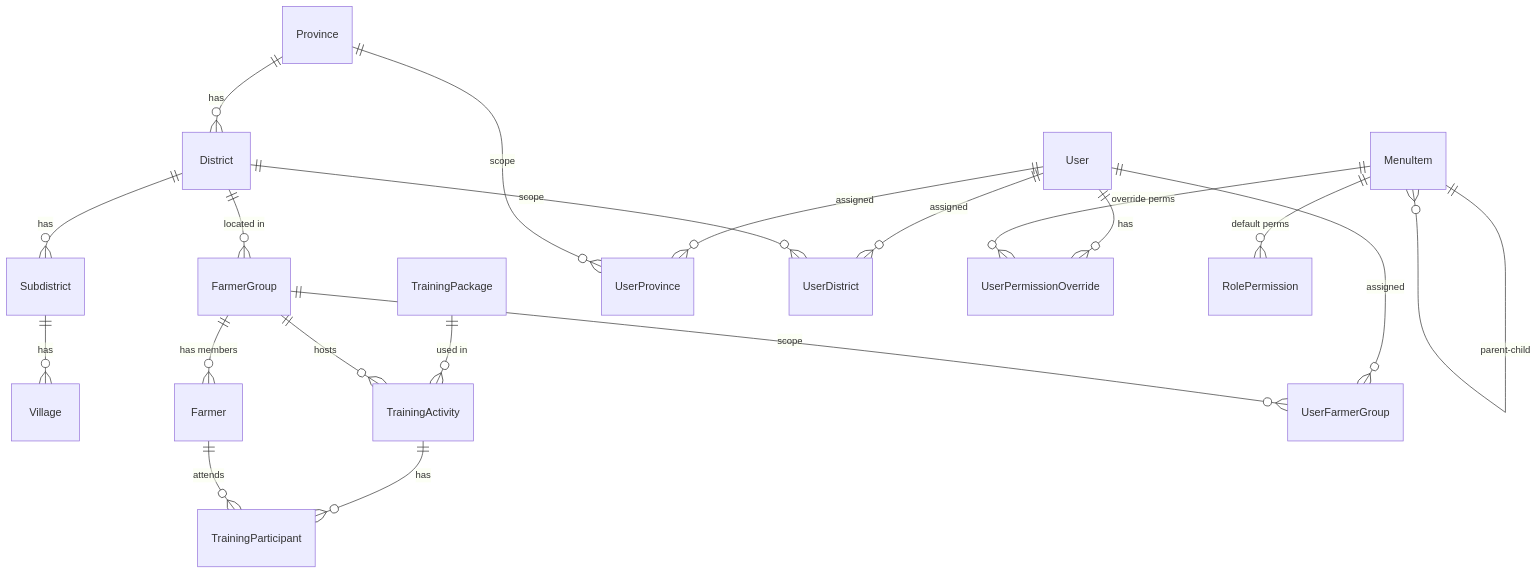
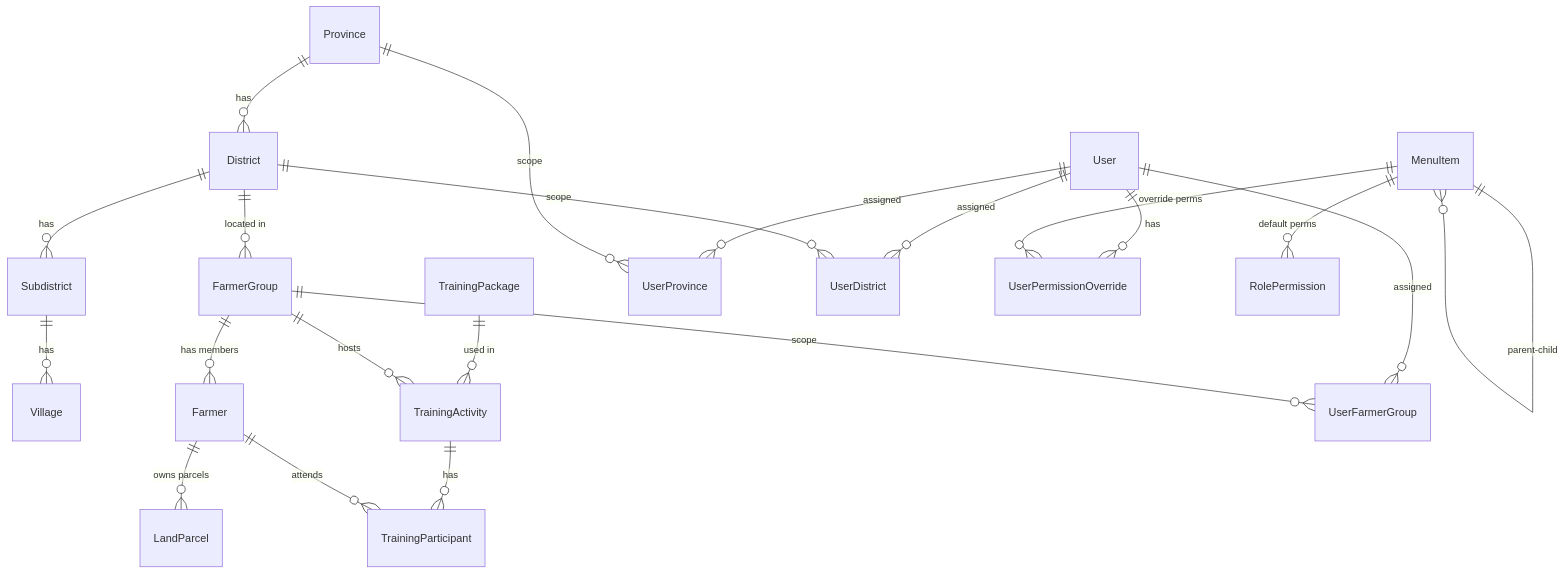
One commit to WRI-Indonesia/mis-smallholder-hub changed the first of 9 diagrams in docs/database-schema.md. Above: the diagram before and after it, drawn with Mermaid. The commit also changed other lines of this file and 3 other files, not shown here.

First line of the commit message:
docs: update documentation for issue #88 (MD-04 Land Parcel)

````diff
--- a/docs/database-schema.md
+++ b/docs/database-schema.md
@@ -10,29 +10,32 @@
 ```mermaid
 erDiagram
     %% GEOGRAPHY HIERARCHY
     Province ||--o{ District : "has"
     District ||--o{ Subdistrict : "has"
     Subdistrict ||--o{ Village : "has"
     
     %% FARMER GROUP & FARMER
     District ||--o{ FarmerGroup : "located in"
     FarmerGroup ||--o{ Farmer : "has members"
+    
+    %% LAND PARCEL
+    Farmer ||--o{ LandParcel : "owns parcels"
     
     %% TRAINING MODULE
     TrainingPackage ||--o{ TrainingActivity : "used in"
     FarmerGroup ||--o{ TrainingActivity : "hosts"
     TrainingActivity ||--o{ TrainingParticipant : "has"
     Farmer ||--o{ TrainingParticipant : "attends"
     
     %% RBAC & MENU
     User ||--o{ UserProvince : "assigned"
     User ||--o{ UserDistrict : "assigned"
     User ||--o{ UserFarmerGroup : "assigned"
     User ||--o{ UserPermissionOverride : "has"
     Province ||--o{ UserProvince : "scope"
     District ||--o{ UserDistrict : "scope"
     FarmerGroup ||--o{ UserFarmerGroup : "scope"
     MenuItem ||--o{ MenuItem : "parent-child"
     MenuItem ||--o{ RolePermission : "default perms"
     MenuItem ||--o{ UserPermissionOverride : "override perms"
 ```
````
